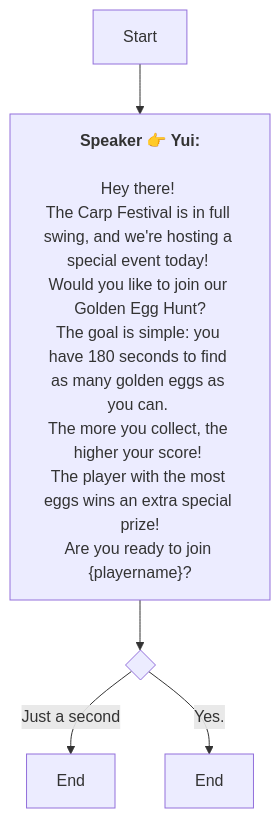
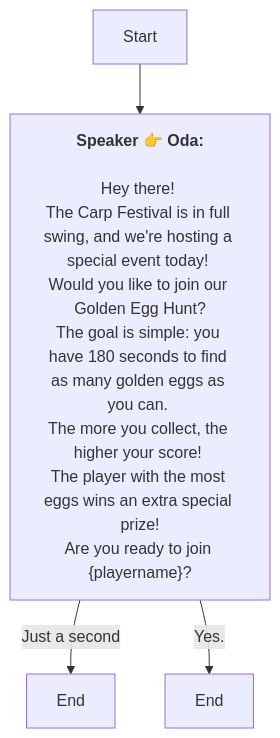
The diagram in En/QuestTalkObjectiveNode_1768889928343338.md (SoftHu/tos_avg), drawn with Mermaid before and after one commit. The commit also changed 737 other files, not shown here.

````diff
--- a/En/QuestTalkObjectiveNode_1768889928343338.md
+++ b/En/QuestTalkObjectiveNode_1768889928343338.md
@@ -1,16 +1,12 @@
 ```mermaid
 graph
-Start -->1768890085543728[<b>Speaker 👉 Yui:</b>
+Start -->1768890085543728[<b>Speaker 👉 Oda:</b>
+\nHey there! 
+The Carp Festival is in full swing, and we're hosting a special event today! 
+Would you like to join our Golden Egg Hunt?\nThe goal is simple: you have 180 seconds to find as many golden eggs as you can. 
+The more you collect, the higher your score! 
+The player with the most eggs wins an extra special prize!\nAre you ready to join &lbrace;playername&rbrace;?]
+1768890085543728 -->|Just a second|1770206532074583[End]
+1768890085543728 -->|Yes.|1768890258964276[End]
 
-Hey there! 
-The Carp Festival is in full swing, and we're hosting a special event today! 
-Would you like to join our Golden Egg Hunt?
-The goal is simple: you have 180 seconds to find as many golden eggs as you can. 
-The more you collect, the higher your score! 
-The player with the most eggs wins an extra special prize!
-Are you ready to join &lbrace;playername&rbrace;?]
-1768890085543728 -->1770206455413841{ }
-1770206455413841 -->|Just a second|1770206532074583[End]
-1770206455413841 -->|Yes.|1768890258964276[End]
-
- ```
+```
````
